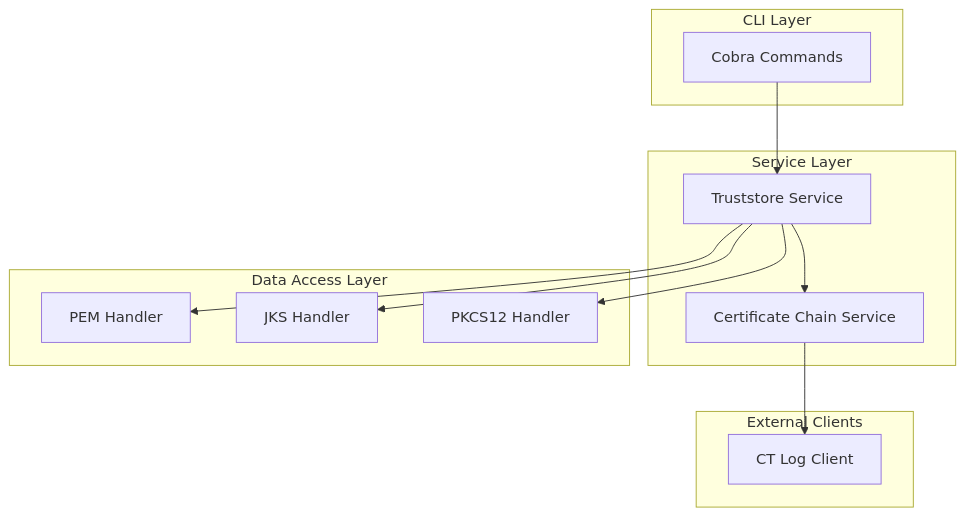
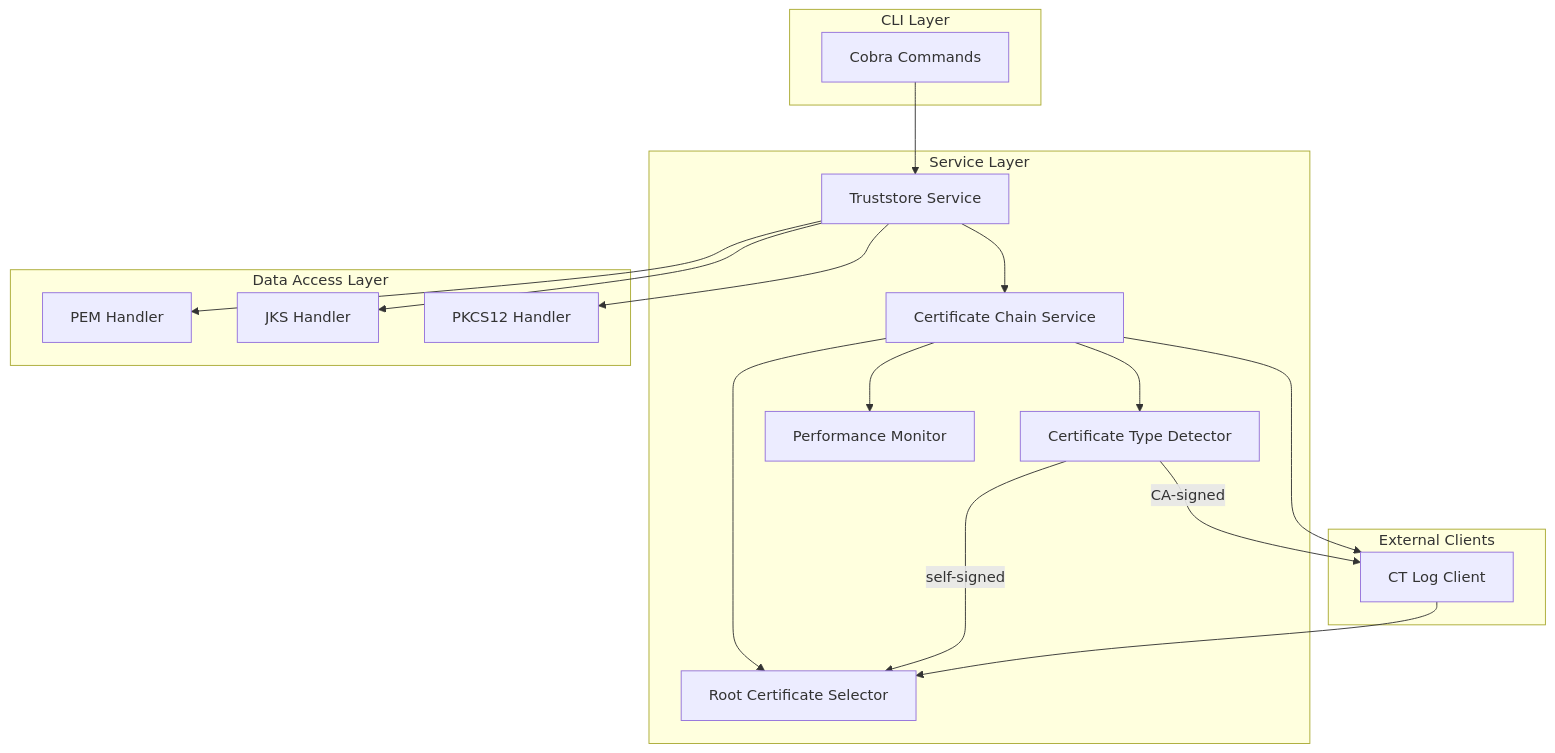
One commit to yosimasu/truststore-cli changed the diagram in docs/architecture/05-5-components.md. Above: the diagram before and after it, drawn with Mermaid. The commit also changed other lines of this file and 15 other files, not shown here.

````diff
--- a/docs/architecture/05-5-components.md
+++ b/docs/architecture/05-5-components.md
@@ -43,28 +64,37 @@
 ```mermaid
 graph TD
     subgraph CLI Layer
         A[Cobra Commands]
     end
 
     subgraph Service Layer
         B[Truststore Service]
         C[Certificate Chain Service]
+        H[Certificate Type Detector]
+        I[Root Certificate Selector]
+        J[Performance Monitor]
     end
 
     subgraph Data Access Layer
         D[PEM Handler]
         E[JKS Handler]
         F[PKCS12 Handler]
     end
 
     subgraph External Clients
         G[CT Log Client]
     end
 
     A --> B
     B --> C
     B --> D
     B --> E
     B --> F
+    C --> H
+    C --> I
+    C --> J
+    H -->|CA-signed| G
+    H -->|self-signed| I
+    G --> I
     C --> G
 ```
````
